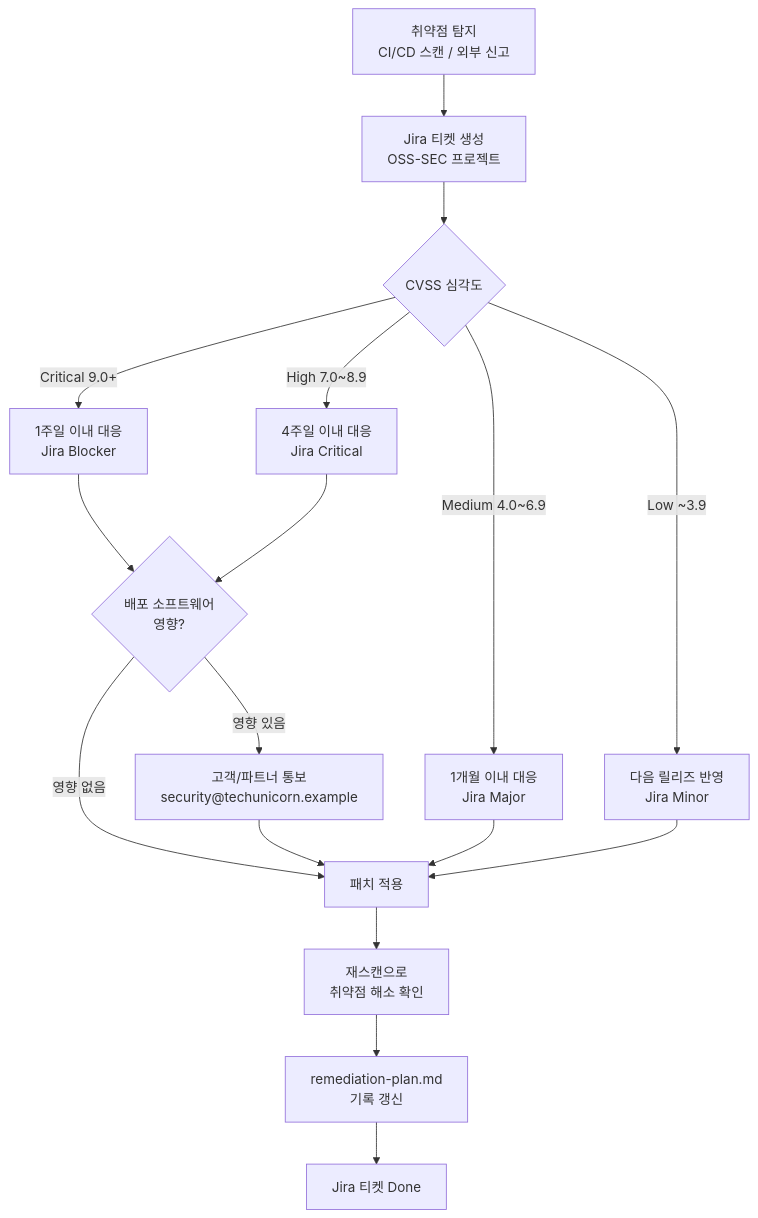
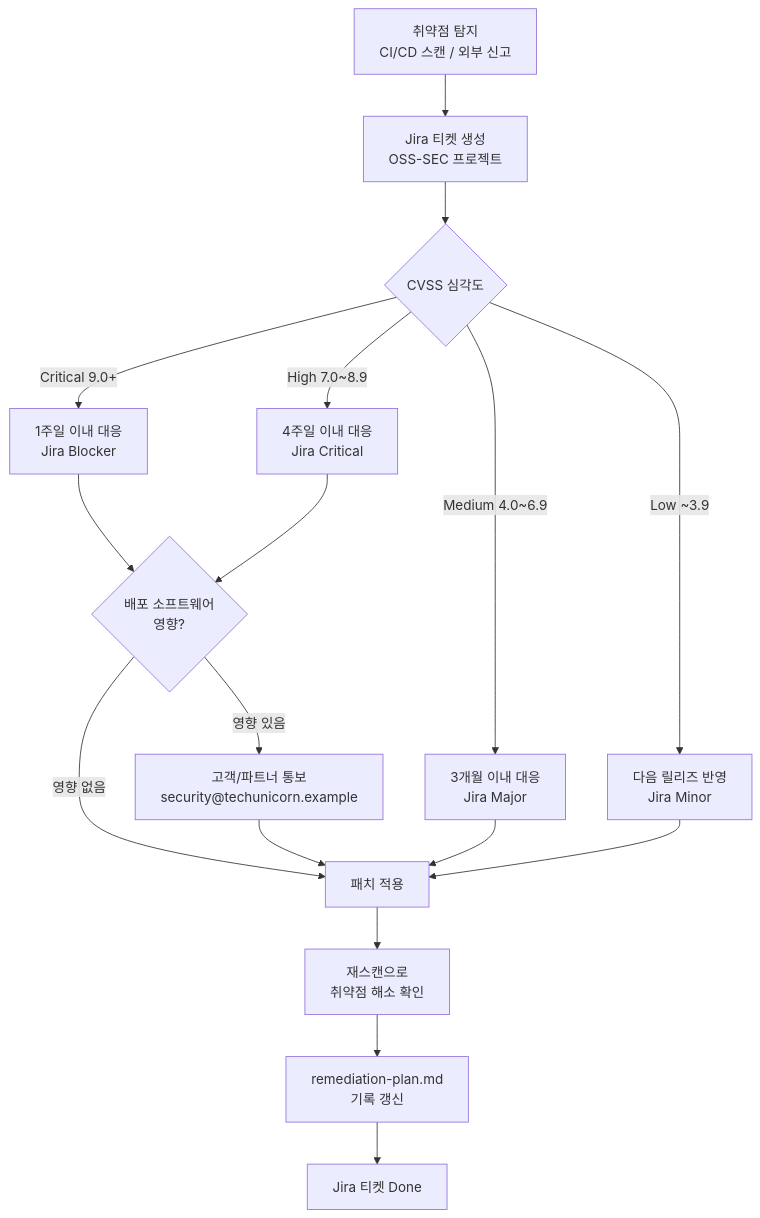
The third of 4 diagrams in website/reference/samples/process.md (trustedoss/trustedoss.github.io), drawn with Mermaid before and after one commit. The commit also changed other lines of this file and 100 other files, not shown here.

````diff
--- a/website/reference/samples/process.md
+++ b/website/reference/samples/process.md
@@ -664,19 +664,19 @@
 ```mermaid
 graph TD
     A[취약점 탐지\nCI/CD 스캔 / 외부 신고] --> B[Jira 티켓 생성\nOSS-SEC 프로젝트]
     B --> C{CVSS 심각도}
     C -->|Critical 9.0+| D[1주일 이내 대응\nJira Blocker]
     C -->|High 7.0~8.9| E[4주일 이내 대응\nJira Critical]
-    C -->|Medium 4.0~6.9| F[1개월 이내 대응\nJira Major]
+    C -->|Medium 4.0~6.9| F[3개월 이내 대응\nJira Major]
     C -->|Low ~3.9| G[다음 릴리즈 반영\nJira Minor]
     D --> H{배포 소프트웨어\n영향?}
     E --> H
     H -->|영향 있음| I[고객/파트너 통보\nsecurity@techunicorn.example]
     H -->|영향 없음| J[패치 적용]
     I --> J
     F --> J
     G --> J
     J --> K[재스캔으로\n취약점 해소 확인]
     K --> L[remediation-plan.md\n기록 갱신]
     L --> M[Jira 티켓 Done]
 ```
````
